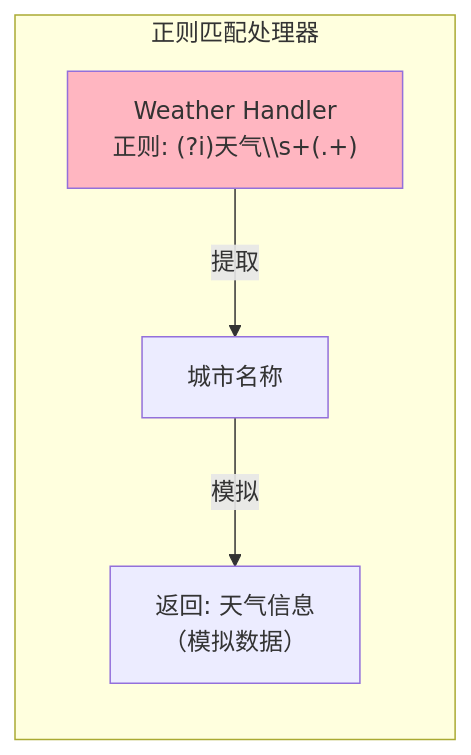
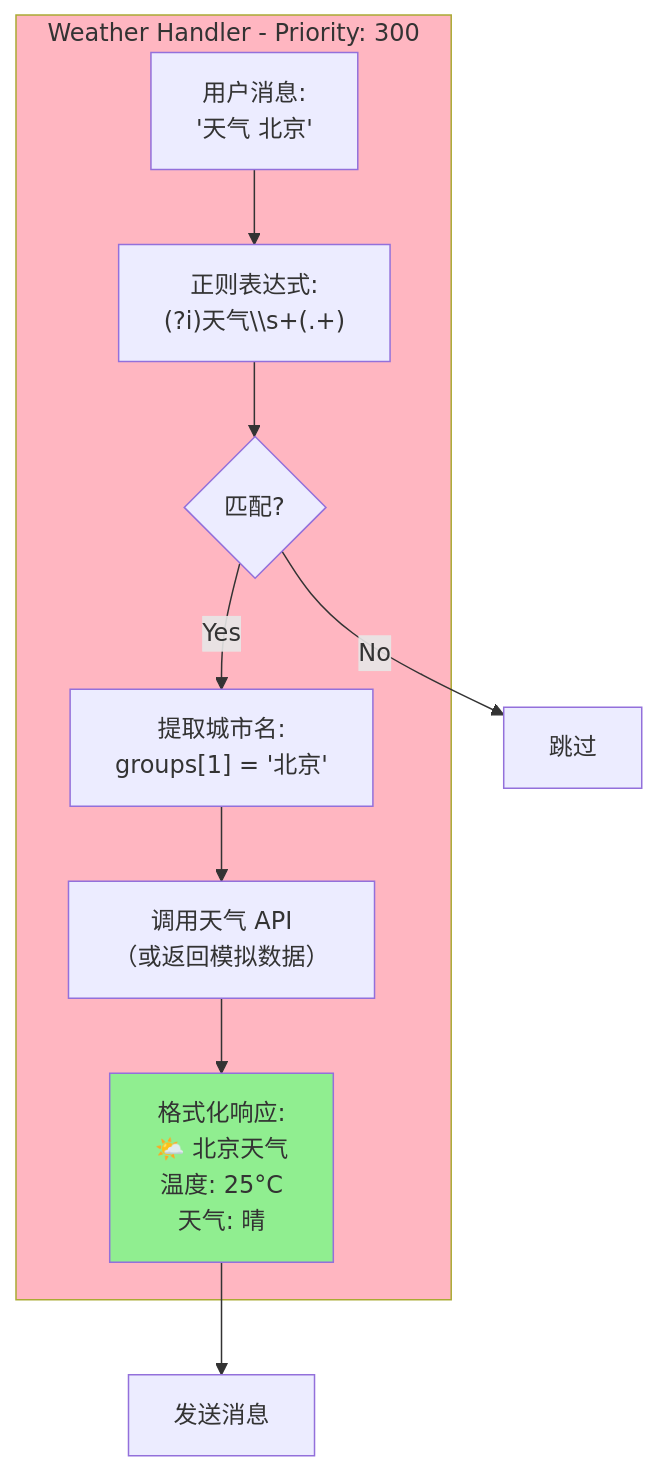
Before and after one commit to asmitul/go-telegram-bot: the sixth of 26 diagrams in docs/architecture-diagram.md, drawn with Mermaid. The commit also changed other lines of this file, not shown here.

Commit message:
✔️ 更新architecture-diagram.md文档

````diff
--- a/docs/architecture-diagram.md
+++ b/docs/architecture-diagram.md
@@ -93,12 +274,22 @@
 ```mermaid
-graph LR
-    subgraph Patterns[正则匹配处理器]
-        direction TB
-        Weather["Weather Handler<br/>正则: (?i)天气\\s+(.+)"]
-
-        Weather --> |提取| City["城市名称"]
-        City --> |模拟| WeatherResp["返回: 天气信息<br/>（模拟数据）"]
+graph TB
+    subgraph WeatherHandler[Weather Handler - Priority: 300]
+        Input["用户消息:<br/>'天气 北京'"]
+        Pattern["正则表达式:<br/>(?i)天气\\s+(.+)"]
+        Match{匹配?}
+        Extract["提取城市名:<br/>groups[1] = '北京'"]
+        API["调用天气 API<br/>（或返回模拟数据）"]
+        Format["格式化响应:<br/>🌤️ 北京天气<br/>温度: 25°C<br/>天气: 晴"]
     end
 
-    style Weather fill:#FFB6C1
+    Input --> Pattern
+    Pattern --> Match
+    Match -->|Yes| Extract
+    Match -->|No| Skip[跳过]
+    Extract --> API
+    API --> Format
+    Format --> Send[发送消息]
+
+    style WeatherHandler fill:#FFB6C1
+    style Format fill:#90EE90
 ```
````
